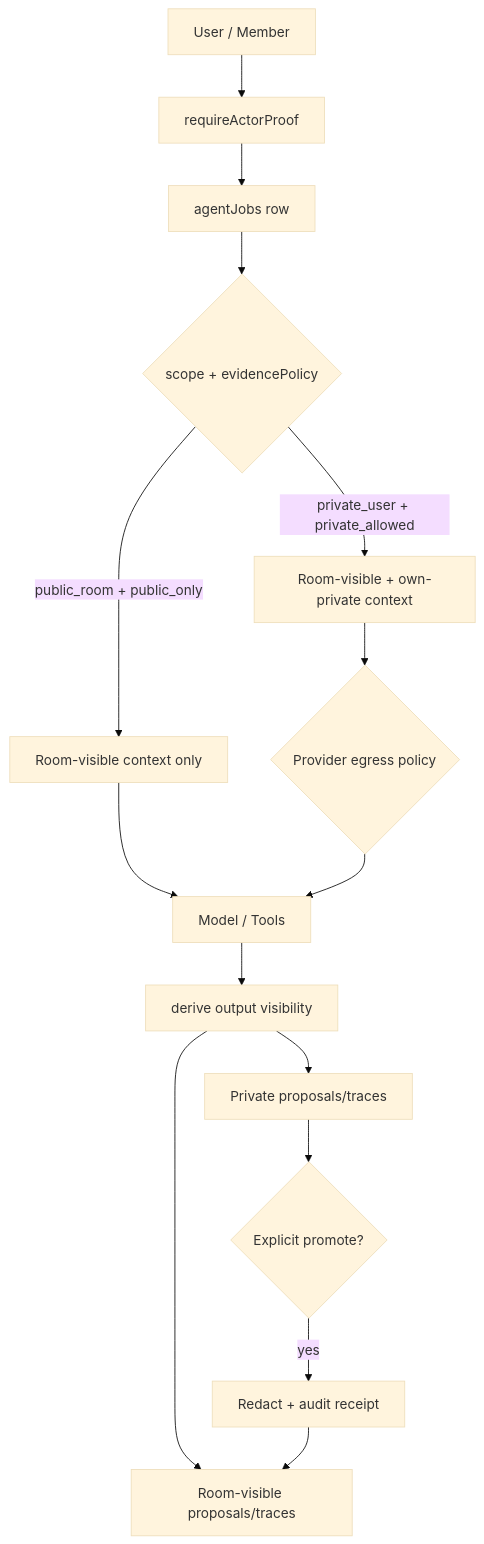
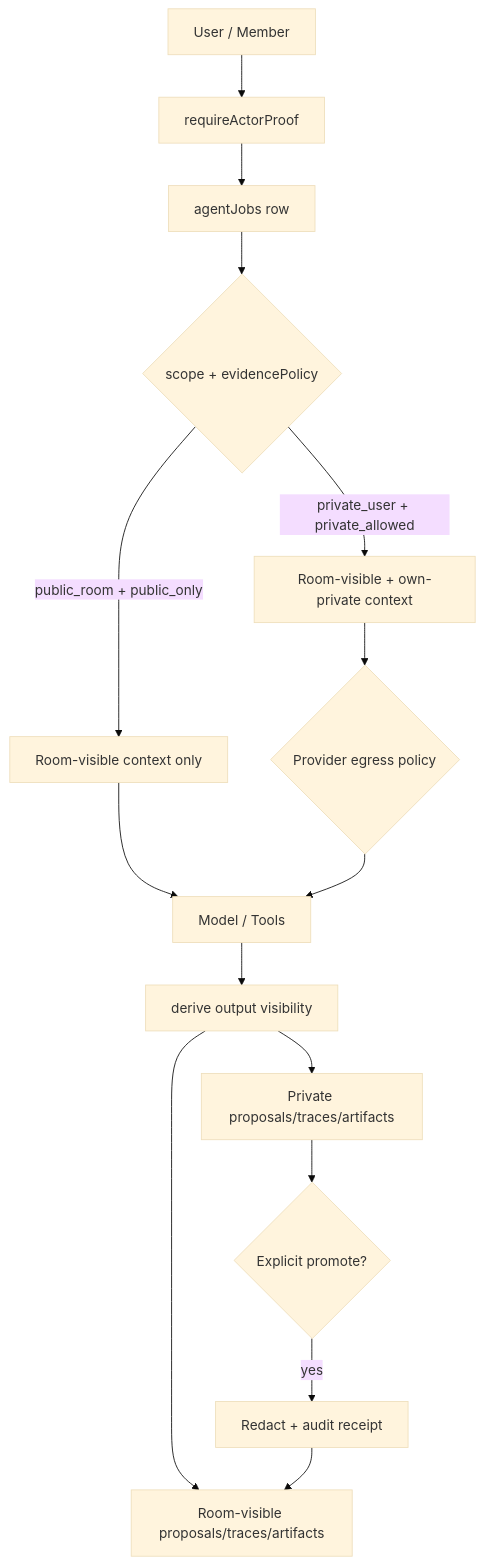
The first of 2 diagrams in plans/agent-privacy-security/plan.mdx (HomenShum/NodeRoom), drawn with Mermaid (base theme) before and after one commit. The commit also changed other lines of this file and 130 other files, not shown here.

````diff
--- a/plans/agent-privacy-security/plan.mdx
+++ b/plans/agent-privacy-security/plan.mdx
@@ -9,17 +9,17 @@
 ```mermaid
 flowchart TD
   User[User / Member] --> Proof[requireActorProof]
   Proof --> Job[agentJobs row]
   Job --> Policy{scope + evidencePolicy}
   Policy -->|public_room + public_only| PublicCtx[Room-visible context only]
   Policy -->|private_user + private_allowed| PrivateCtx[Room-visible + own-private context]
   PublicCtx --> Model[Model / Tools]
   PrivateCtx --> Egress{Provider egress policy}
   Egress --> Model
   Model --> OutputClass[derive output visibility]
-  OutputClass --> PublicOut[Room-visible proposals/traces]
-  OutputClass --> PrivateOut[Private proposals/traces]
+  OutputClass --> PublicOut[Room-visible proposals/traces/artifacts]
+  OutputClass --> PrivateOut[Private proposals/traces/artifacts]
   PrivateOut --> Promote{Explicit promote?}
   Promote -->|yes| Redact[Redact + audit receipt]
   Redact --> PublicOut
 ```
````
